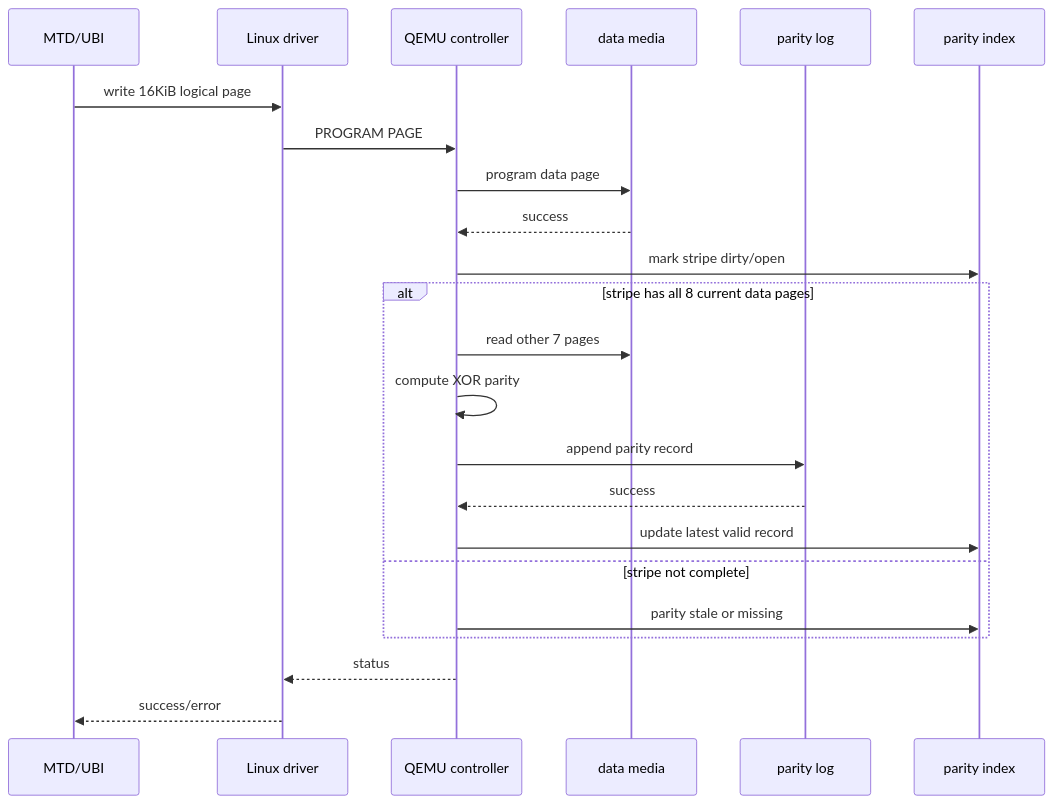
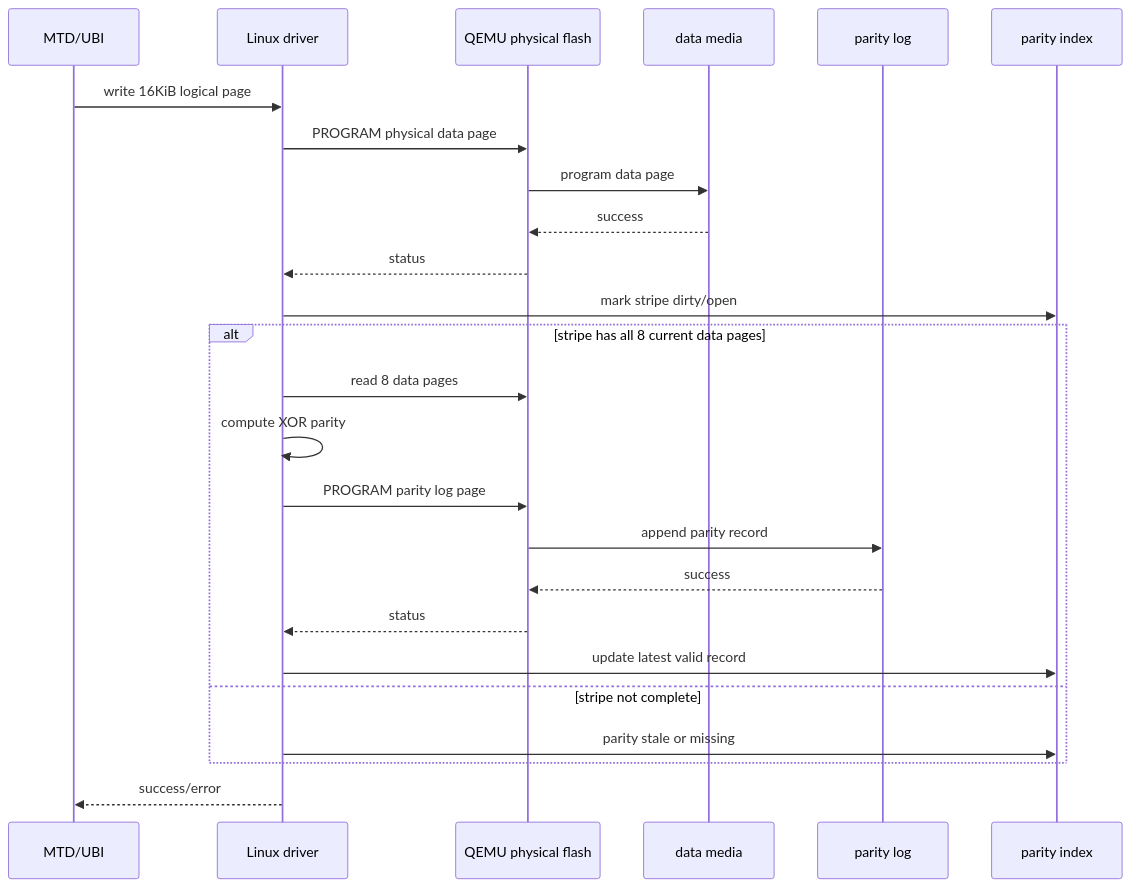
One commit to avenstar65/3dnand_test changed the third of 7 diagrams in docs/qemu-3dnand-scheme-d-versioned-parity-log-design.md. Above: the diagram before and after it, drawn with Mermaid. The commit also changed other lines of this file and 15 other files, not shown here.

````diff
--- a/docs/qemu-3dnand-scheme-d-versioned-parity-log-design.md
+++ b/docs/qemu-3dnand-scheme-d-versioned-parity-log-design.md
@@ -304,26 +328,28 @@
 ```mermaid
 sequenceDiagram
     participant MTD as MTD/UBI
     participant DRV as Linux driver
-    participant CTRL as QEMU controller
+    participant QEMU as QEMU physical flash
     participant DATA as data media
     participant PLOG as parity log
     participant IDX as parity index
 
     MTD->>DRV: write 16KiB logical page
-    DRV->>CTRL: PROGRAM PAGE
-    CTRL->>DATA: program data page
-    DATA-->>CTRL: success
-    CTRL->>IDX: mark stripe dirty/open
+    DRV->>QEMU: PROGRAM physical data page
+    QEMU->>DATA: program data page
+    DATA-->>QEMU: success
+    QEMU-->>DRV: status
+    DRV->>IDX: mark stripe dirty/open
     alt stripe has all 8 current data pages
-        CTRL->>DATA: read other 7 pages
-        CTRL->>CTRL: compute XOR parity
-        CTRL->>PLOG: append parity record
-        PLOG-->>CTRL: success
-        CTRL->>IDX: update latest valid record
+        DRV->>QEMU: read 8 data pages
+        DRV->>DRV: compute XOR parity
+        DRV->>QEMU: PROGRAM parity log page
+        QEMU->>PLOG: append parity record
+        PLOG-->>QEMU: success
+        QEMU-->>DRV: status
+        DRV->>IDX: update latest valid record
     else stripe not complete
-        CTRL->>IDX: parity stale or missing
+        DRV->>IDX: parity stale or missing
     end
-    CTRL-->>DRV: status
     DRV-->>MTD: success/error
 ```
````
